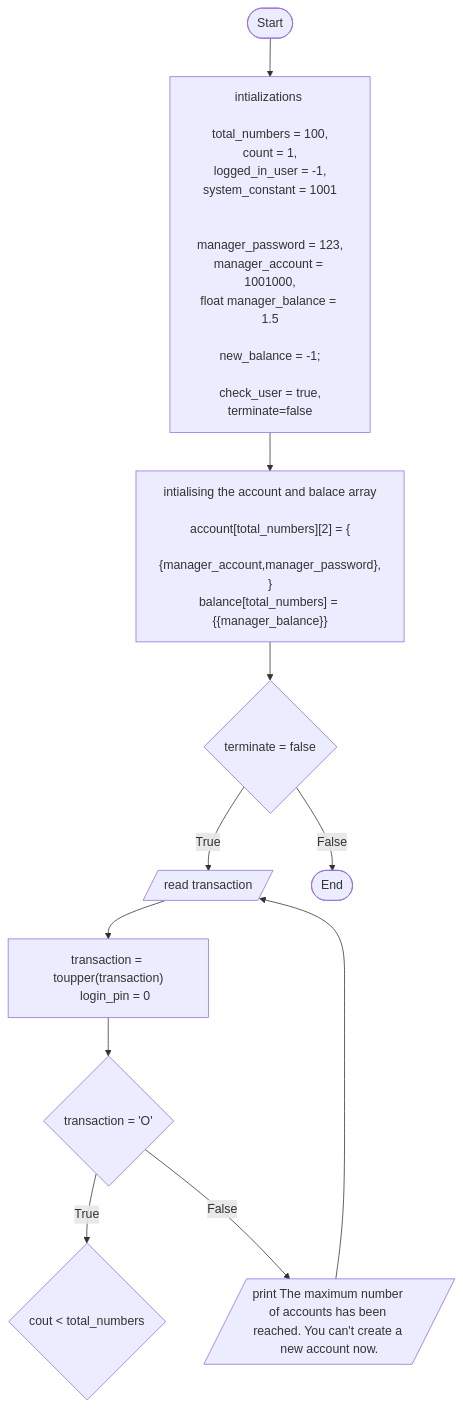
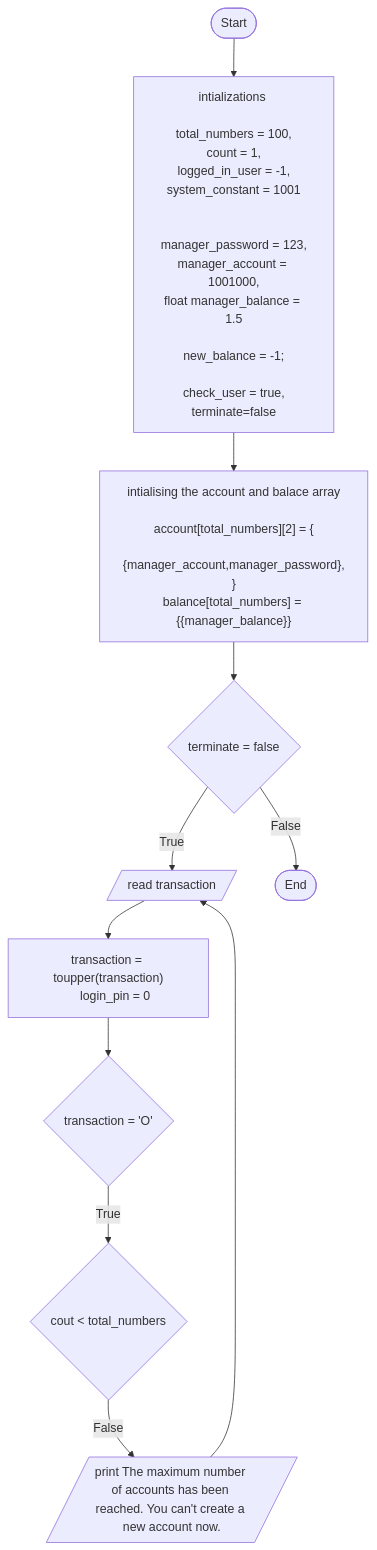
One commit to Ludis-ET/Bank-Account changed the diagram in FoP I/flowchart.md. Above: the diagram before and after it, drawn with Mermaid.

Commit message:
some changes

````diff
--- a/FoP I/flowchart.md
+++ b/FoP I/flowchart.md
@@ -1,51 +1,51 @@
 ```mermaid
     flowchart TD;
     A([Start])-->B["
     intializations 
 
     total_numbers = 100,
     count = 1,
     logged_in_user = -1,
     system_constant = 1001
 
 
     manager_password = 123,
     manager_account = 1001000,
     float manager_balance = 1.5
     
     new_balance = -1;
 
     check_user = true,
     terminate=false
     
     "];
 
 
     B-->C["
     
     intialising the account and balace array
 
     account[total_numbers][2] = {
         {manager_account,manager_password},
     }
     balance[total_numbers] = {{manager_balance}}
 
     "];
 
 
     C-->D{terminate = false}
     D -->|True| E[/read transaction/]
     D -->|False| E1([End]);
     E -->F["
         transaction = toupper(transaction)
         login_pin = 0
     "]
     F --> G{transaction = 'O'}
     G --> |True| H{cout < total_numbers}
-    G --> |False| H1[/ print The maximum number of accounts has been reached. You can't create a new account now. /]
-    H1 --> E
-    
+    H --> |False| I1[/ print The maximum number of accounts has been reached. You can't create a new account now. /]
+    I1 --> E
+
 
 
     
 ```
````
